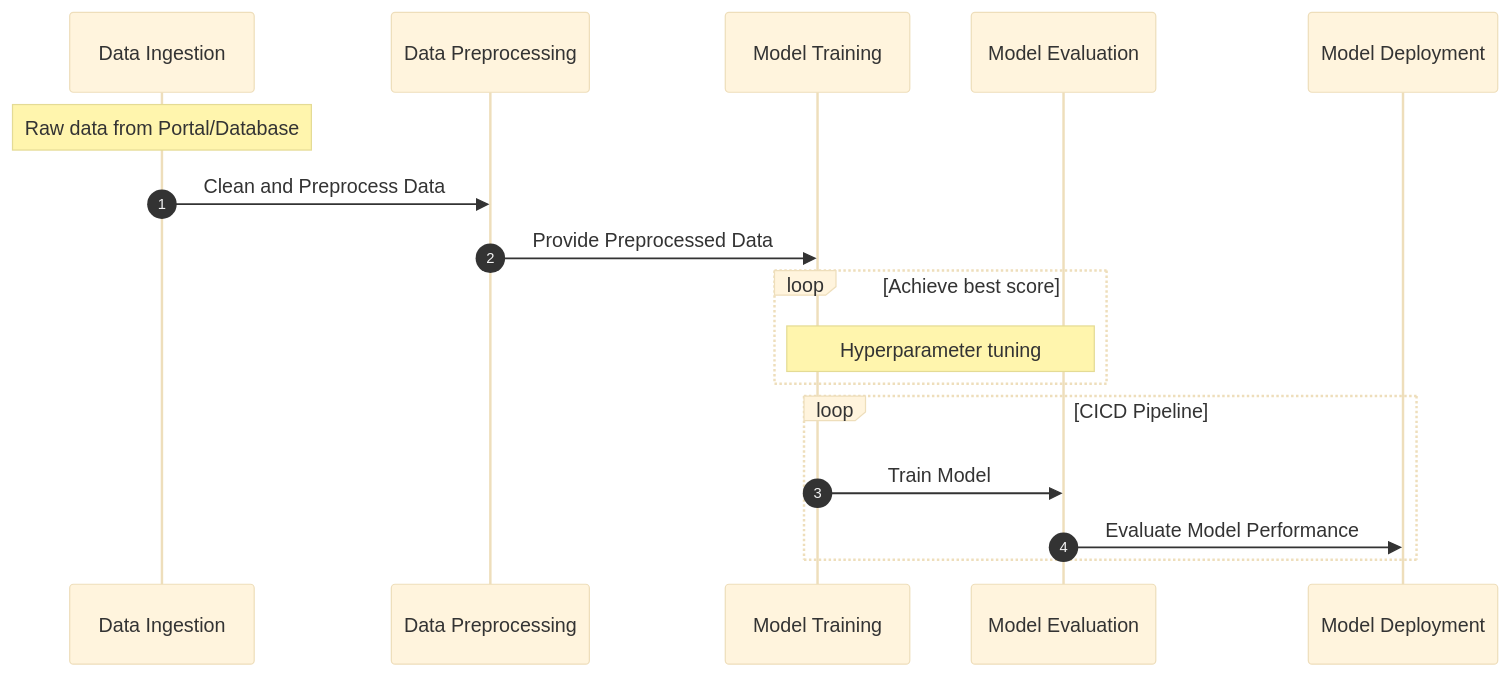
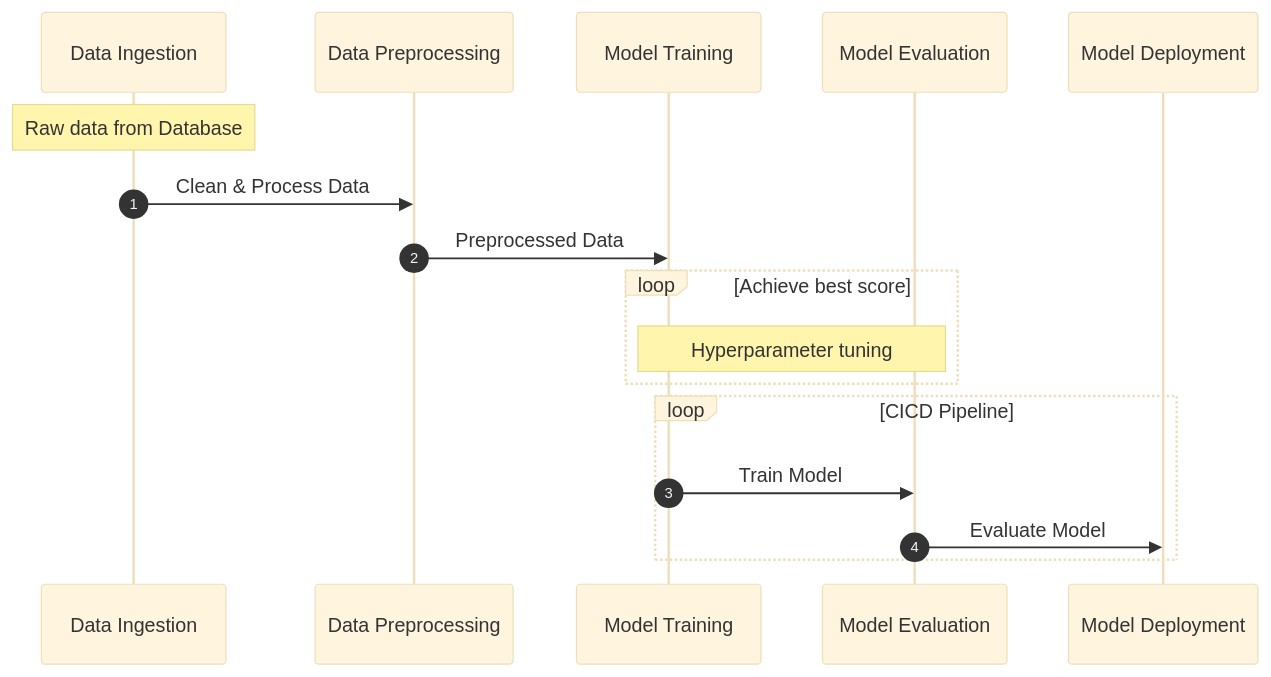
One commit to arv-anshul/ineuron-project-docs-template changed the sixth of 6 diagrams in docs/markdowns/LLD.md. Above: the diagram before and after it, drawn with Mermaid (base theme). The commit also changed other lines of this file and 2 other files, not shown here.

Commit message:
Modify graphs & numbring

````diff
--- a/docs/markdowns/LLD.md
+++ b/docs/markdowns/LLD.md
@@ -155,22 +160,22 @@
 ```mermaid
 sequenceDiagram autonumber
 
-participant Data Ingestion
-participant Data Preprocessing
-participant Model Training
-participant Model Evaluation
-participant Model Deployment
+    participant Data Ingestion
+    participant Data Preprocessing
+    participant Model Training
+    participant Model Evaluation
+    participant Model Deployment
 
-Note over Data Ingestion: Raw data from Portal/Database
-Data Ingestion ->> Data Preprocessing: Clean and Preprocess Data
-Data Preprocessing ->> Model Training: Provide Preprocessed Data
+    Note over Data Ingestion: Raw data from Database
+    Data Ingestion ->> Data Preprocessing: Clean & Process Data
+    Data Preprocessing ->> Model Training: Preprocessed Data
 
-loop Achieve best score
-    Note over Model Training,Model Evaluation: Hyperparameter tuning
-end
+    loop Achieve best score
+        Note over Model Training,Model Evaluation: Hyperparameter tuning
+    end
 
-loop CICD Pipeline
-    Model Training ->> Model Evaluation: Train Model
-    Model Evaluation ->> Model Deployment: Evaluate Model Performance
-end
+    loop CICD Pipeline
+        Model Training ->> Model Evaluation: Train Model
+        Model Evaluation ->> Model Deployment: Evaluate Model
+    end
 ```
````
